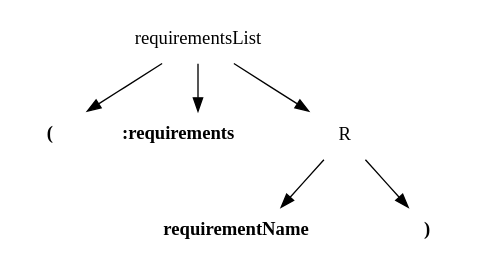
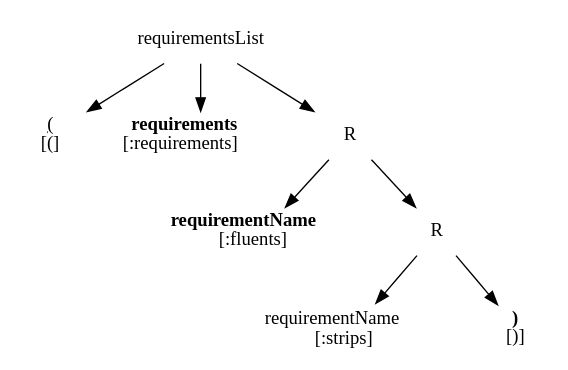
Before and after one commit to jpotoniec/GUI4PDDL: the diagram in thesis/img/antlr_example.dot, drawn with Graphviz. The commit also changed 4 other files, not shown here.

```diff
--- a/thesis/img/antlr_example.dot
+++ b/thesis/img/antlr_example.dot
@@ -1,12 +1,19 @@
 digraph antlr_example {
-	node [shape = none];
+	graph [ordering = out];
+	node [shape = none, ordering = out];
 	requirementsList -> parL;
 	requirementsList -> requirements;
 	requirementsList -> R;
-	requirements [label = <<B>:requirements</B>>];
-        parL [label = <<B >(</B >>]; 
+	requirements [label = < <B>requirements</B><br/>[:requirements] >];
+	R[ordering = out];
+	R2[label = R];
+	requirementName2[label = < requirementName<br/>[:strips] >];
+        parL [label = <<U >(</U ><br/>[(]>]; 
 	R -> requirementName;
-	R -> parR;
-	requirementName [label = <<B >requirementName</B >>];
-	parR [label = <<B>)</B>>];	
+	R -> R2
+
+	R2 -> requirementName2;
+	R2 ->parR;
+	requirementName [label = < <B >requirementName</B ><br/>[:fluents] >];
+	parR [label = <<B>)</B><br/>[)]>];	
 }
```
